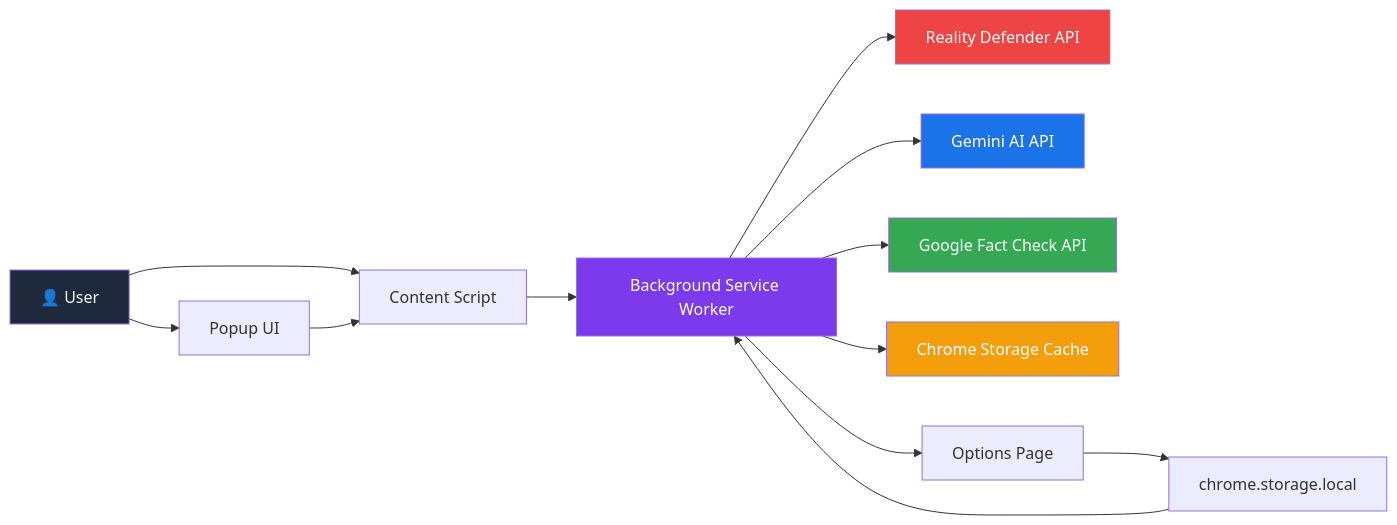
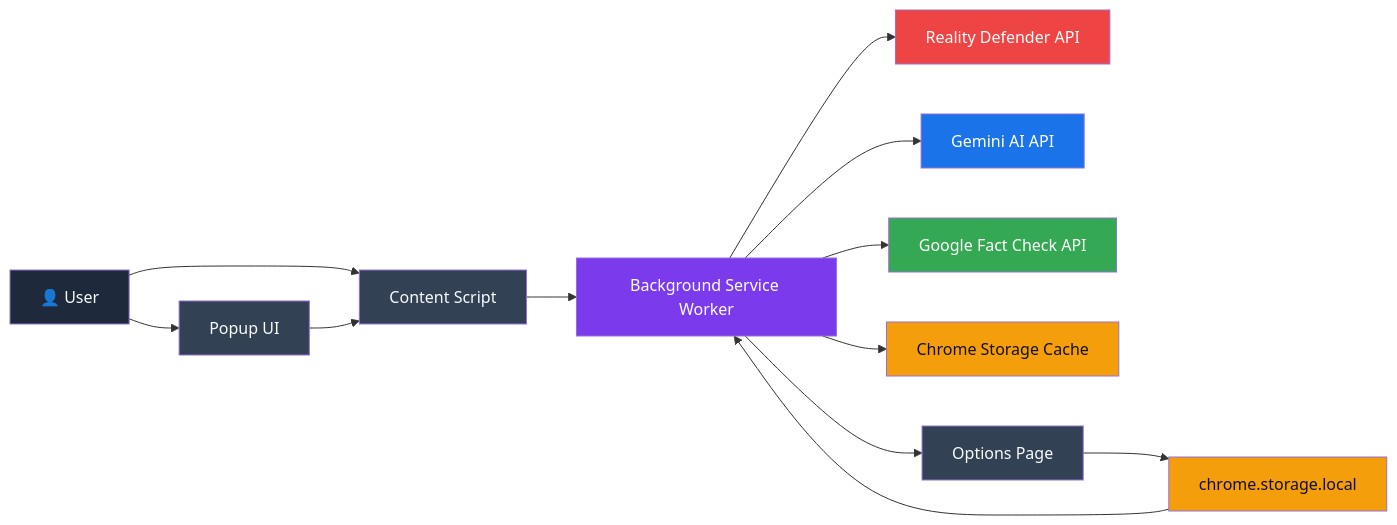
One commit to HarshBhanushali07/pixelproof changed the first of 4 diagrams in README.md. Above: the diagram before and after it, drawn with Mermaid. The commit also changed other lines of this file, not shown here.

````diff
--- a/README.md
+++ b/README.md
@@ -129,21 +220,25 @@
 ```mermaid
 flowchart LR
     U[👤 User] --> P[Popup UI]
     U --> C[Content Script]
     P --> C
     C --> B[Background Service Worker]
     B --> R[Reality Defender API]
     B --> G[Gemini AI API]
     B --> F[Google Fact Check API]
     B --> S[Chrome Storage Cache]
     B --> O[Options Page]
     O --> K[chrome.storage.local]
     K --> B
 
     style U fill:#1e293b,color:#f8fafc
+    style P fill:#334155,color:#f8fafc
+    style C fill:#334155,color:#f8fafc
     style B fill:#7c3aed,color:#fff
     style R fill:#ef4444,color:#fff
     style G fill:#1a73e8,color:#fff
     style F fill:#34a853,color:#fff
-    style S fill:#f59e0b,color:#fff
+    style S fill:#f59e0b,color:#111
+    style O fill:#334155,color:#f8fafc
+    style K fill:#f59e0b,color:#111
 ```
````
